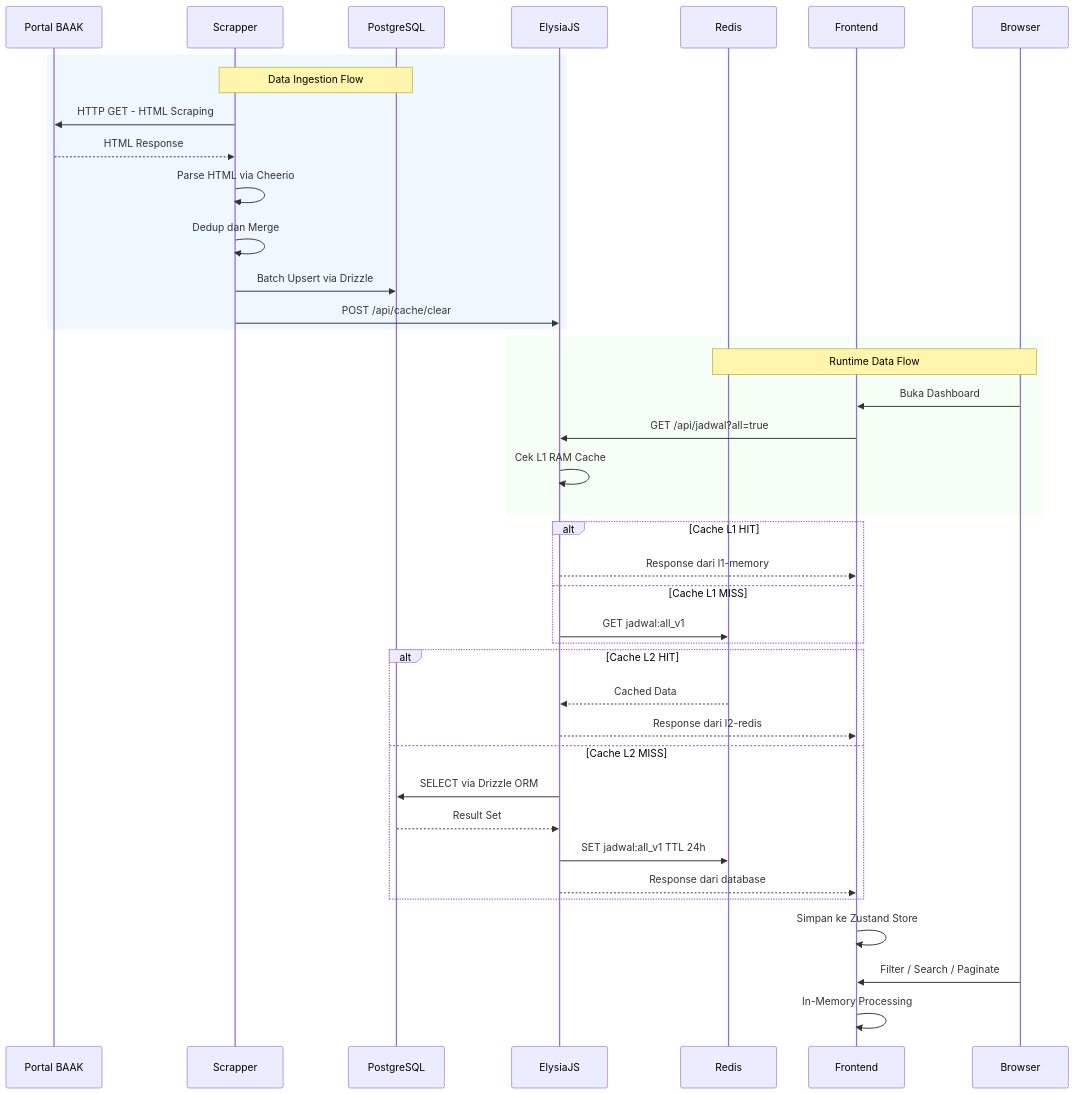
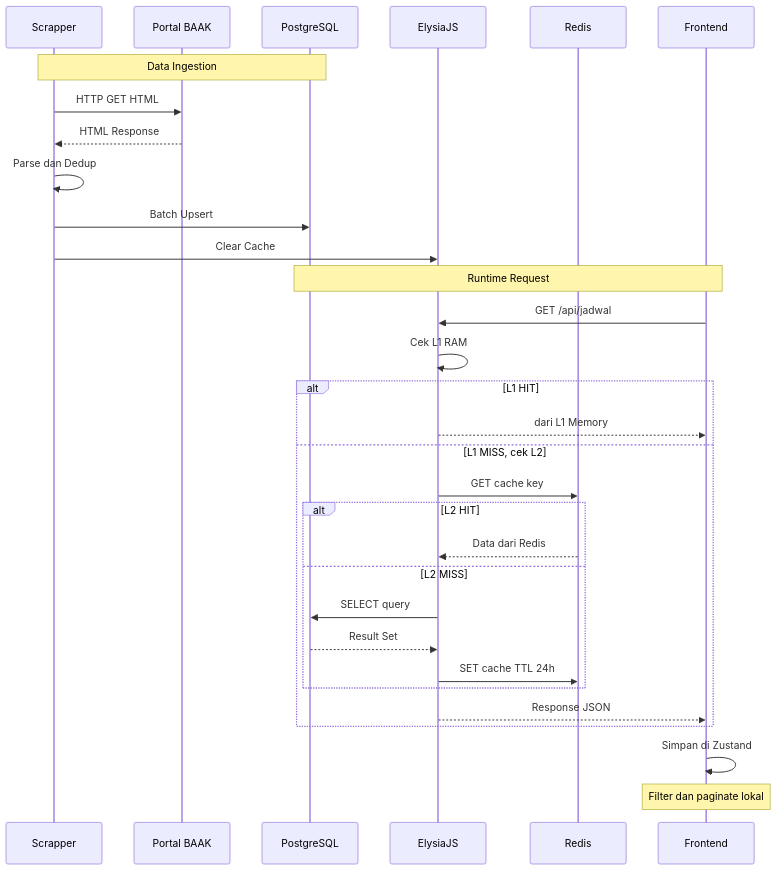
The second of 2 diagrams in overview.md (Aslab-Unama/jadwal-kuliah-unama), drawn with Mermaid before and after one commit.

Commit message:
fix(docs): update data ingestion and runtime flow diagrams for clarity and accuracy

````diff
--- a/overview.md
+++ b/overview.md
@@ -125,47 +125,37 @@
 ```mermaid
 sequenceDiagram
+    participant SCR as Scrapper
     participant BAAK as Portal BAAK
-    participant SCR as Scrapper
     participant DB as PostgreSQL
     participant API as ElysiaJS
     participant REDIS as Redis
     participant WEB as Frontend
-    participant USER as Browser
 
-    rect rgb(240, 248, 255)
-    Note over SCR,DB: Data Ingestion Flow
-    SCR->>BAAK: HTTP GET - HTML Scraping
+    Note over SCR,DB: Data Ingestion
+    SCR->>BAAK: HTTP GET HTML
     BAAK-->>SCR: HTML Response
-    SCR->>SCR: Parse HTML via Cheerio
-    SCR->>SCR: Dedup dan Merge
-    SCR->>DB: Batch Upsert via Drizzle
-    SCR->>API: POST /api/cache/clear
+    SCR->>SCR: Parse dan Dedup
+    SCR->>DB: Batch Upsert
+    SCR->>API: Clear Cache
+
+    Note over WEB,DB: Runtime Request
+    WEB->>API: GET /api/jadwal
+    API->>API: Cek L1 RAM
+
+    alt L1 HIT
+        API-->>WEB: dari L1 Memory
+    else L1 MISS, cek L2
+        API->>REDIS: GET cache key
+        alt L2 HIT
+            REDIS-->>API: Data dari Redis
+        else L2 MISS
+            API->>DB: SELECT query
+            DB-->>API: Result Set
+            API->>REDIS: SET cache TTL 24h
+        end
+        API-->>WEB: Response JSON
     end
 
-    rect rgb(245, 255, 245)
-    Note over USER,REDIS: Runtime Data Flow
-    USER->>WEB: Buka Dashboard
-    WEB->>API: GET /api/jadwal?all=true
-    API->>API: Cek L1 RAM Cache
-    end
-
-    alt Cache L1 HIT
-        API-->>WEB: Response dari l1-memory
-    else Cache L1 MISS
-        API->>REDIS: GET jadwal:all_v1
-    end
-
-    alt Cache L2 HIT
-        REDIS-->>API: Cached Data
-        API-->>WEB: Response dari l2-redis
-    else Cache L2 MISS
-        API->>DB: SELECT via Drizzle ORM
-        DB-->>API: Result Set
-        API->>REDIS: SET jadwal:all_v1 TTL 24h
-        API-->>WEB: Response dari database
-    end
-
-    WEB->>WEB: Simpan ke Zustand Store
-    USER->>WEB: Filter / Search / Paginate
-    WEB->>WEB: In-Memory Processing
+    WEB->>WEB: Simpan di Zustand
+    Note over WEB: Filter dan paginate lokal
 ```
````
